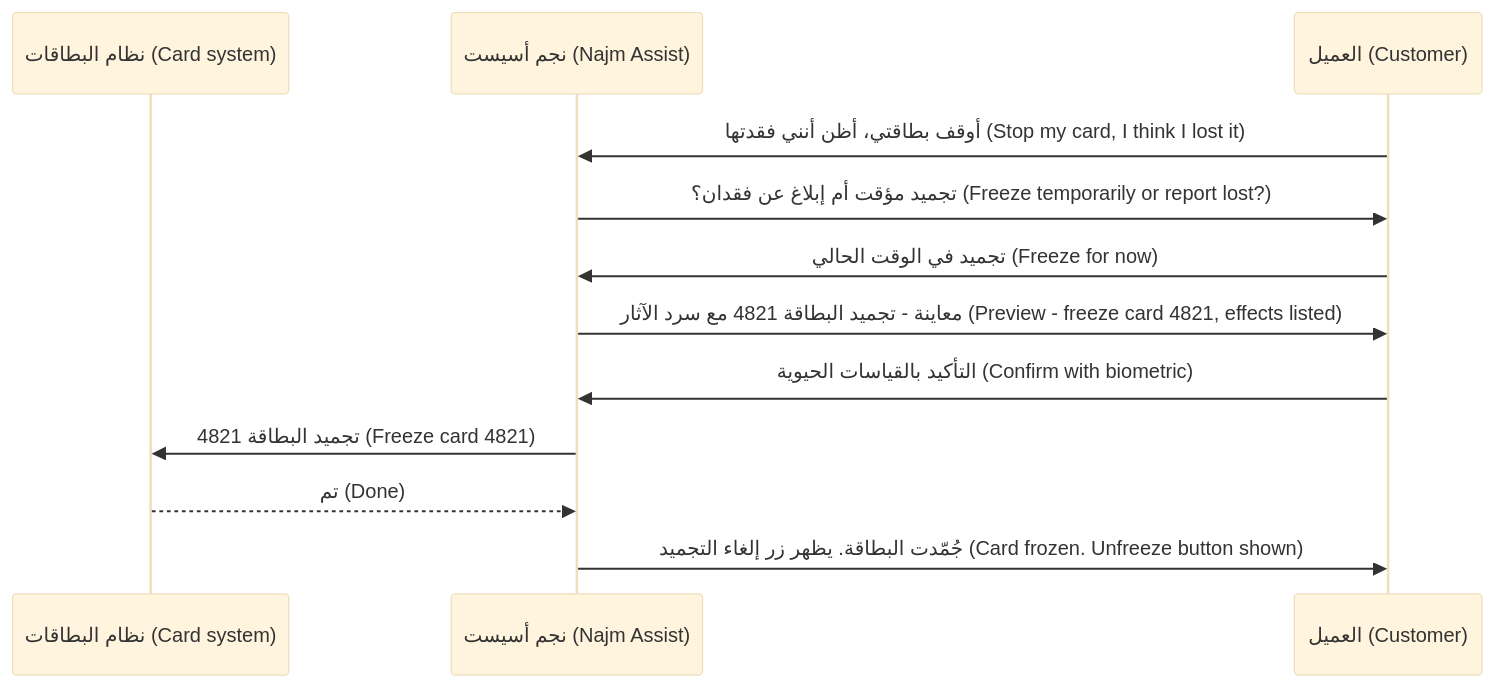
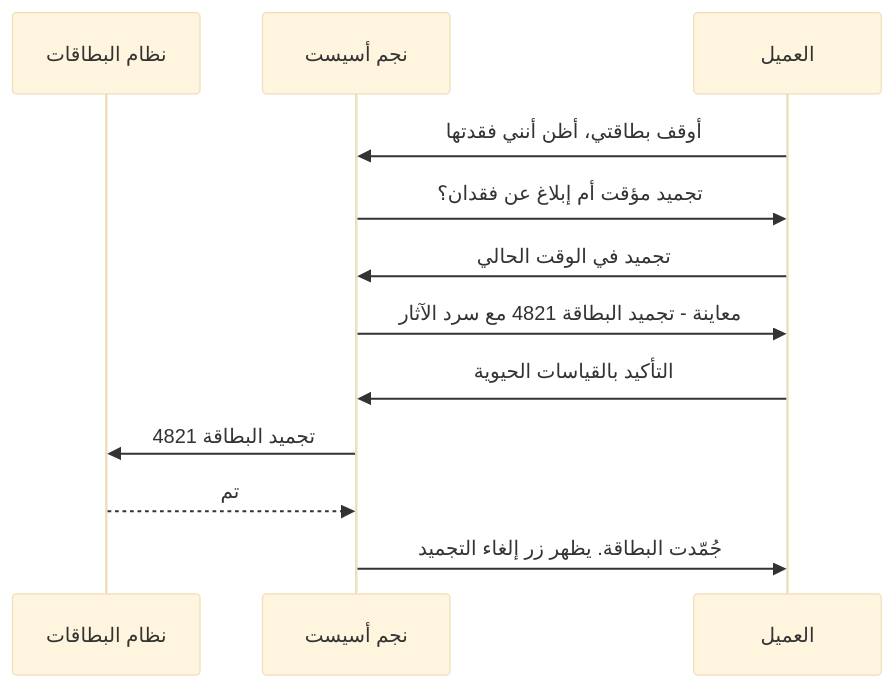
One commit to Tamoura/system-design-for-vibe-coders changed the third of 3 diagrams in aipm/modules/04-design.ar.md. Above: the diagram before and after it, drawn with Mermaid (base theme). The commit also changed other lines of this file and 551 other files, not shown here.

````diff
--- a/aipm/modules/04-design.ar.md
+++ b/aipm/modules/04-design.ar.md
@@ -552,14 +568,14 @@
 ```mermaid
 sequenceDiagram
-    participant T as نظام البطاقات (Card system)
-    participant A as نجم أسيست (Najm Assist)
-    participant C as العميل (Customer)
-    C->>A: أوقف بطاقتي، أظن أنني فقدتها (Stop my card, I think I lost it)
-    A->>C: تجميد مؤقت أم إبلاغ عن فقدان؟ (Freeze temporarily or report lost?)
-    C->>A: تجميد في الوقت الحالي (Freeze for now)
-    A->>C: معاينة - تجميد البطاقة 4821 مع سرد الآثار (Preview - freeze card 4821, effects listed)
-    C->>A: التأكيد بالقياسات الحيوية (Confirm with biometric)
-    A->>T: تجميد البطاقة 4821 (Freeze card 4821)
-    T-->>A: تم (Done)
-    A->>C: جُمّدت البطاقة. يظهر زر إلغاء التجميد (Card frozen. Unfreeze button shown)
+    participant T as نظام البطاقات
+    participant A as نجم أسيست
+    participant C as العميل
+    C->>A: أوقف بطاقتي، أظن أنني فقدتها
+    A->>C: تجميد مؤقت أم إبلاغ عن فقدان؟
+    C->>A: تجميد في الوقت الحالي
+    A->>C: معاينة - تجميد البطاقة 4821 مع سرد الآثار
+    C->>A: التأكيد بالقياسات الحيوية
+    A->>T: تجميد البطاقة 4821
+    T-->>A: تم
+    A->>C: جُمّدت البطاقة. يظهر زر إلغاء التجميد
 ```
````
